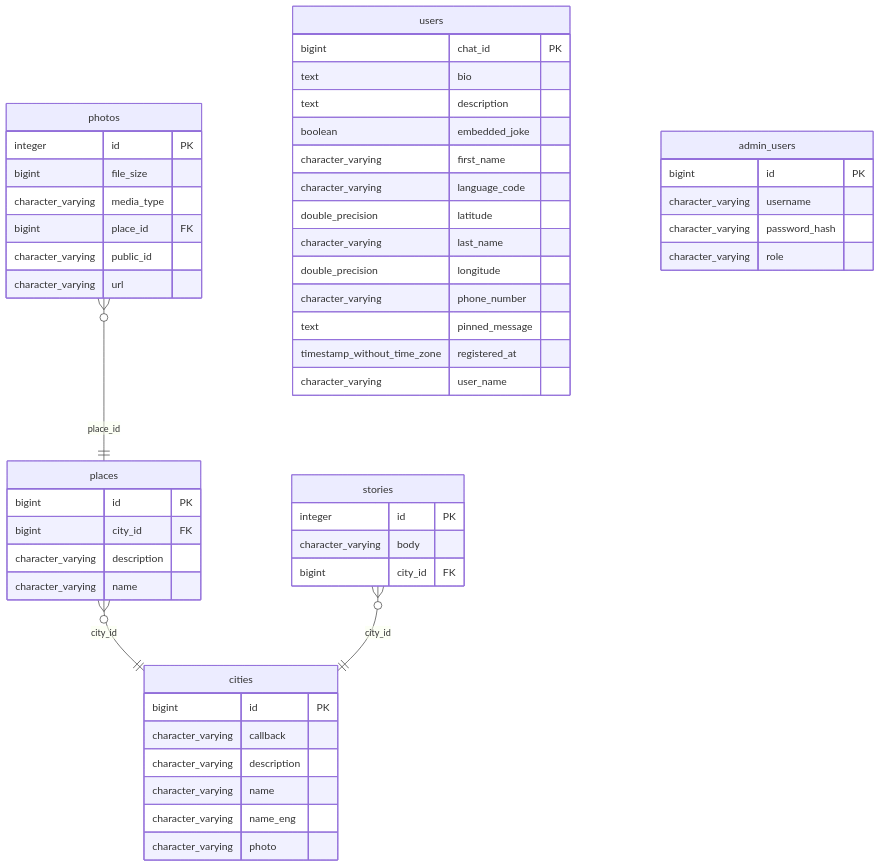
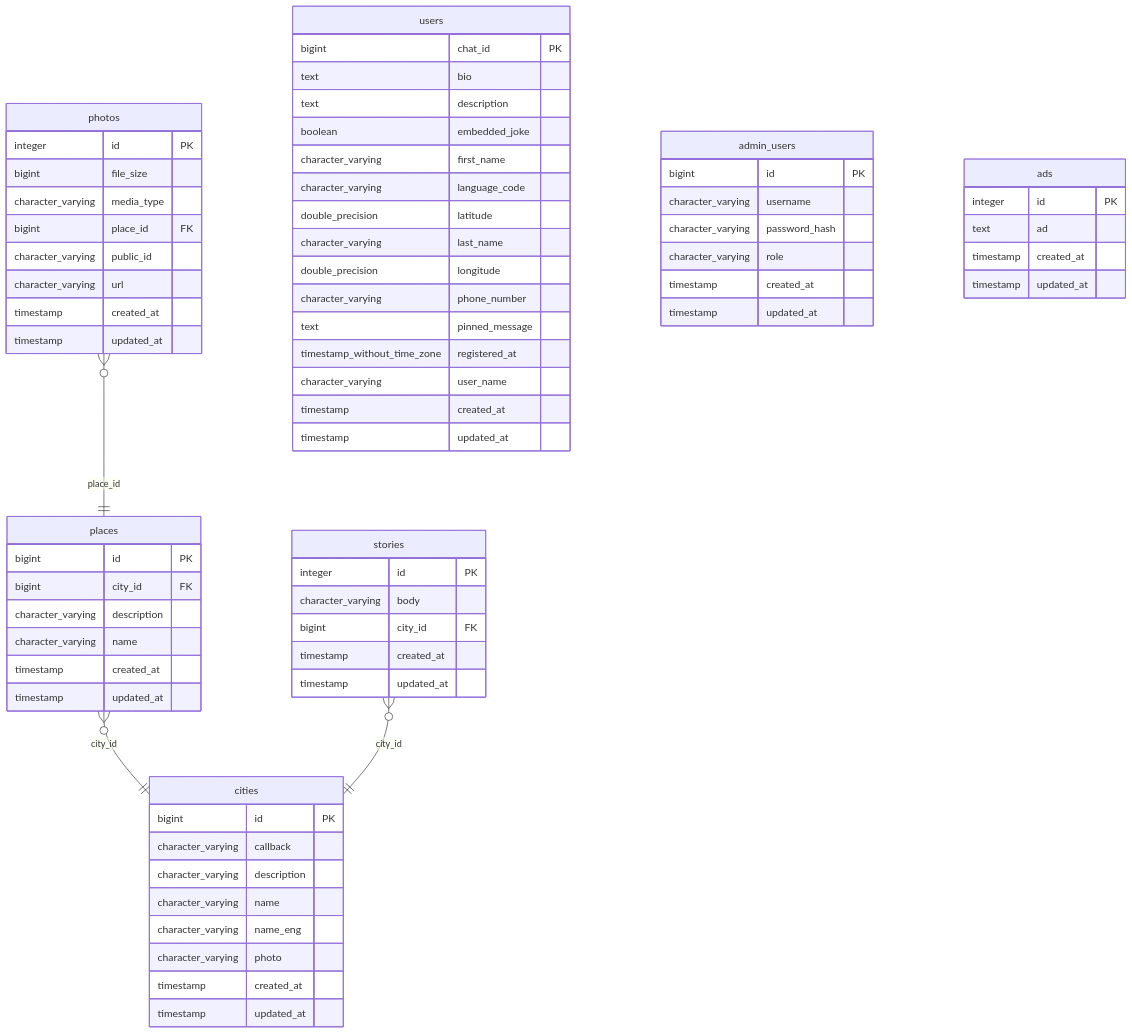
One commit to gusainovt/townguide-bot changed the diagram in README.md. Above: the diagram before and after it, drawn with Mermaid. The commit also changed other lines of this file, not shown here.

````diff
--- a/README.md
+++ b/README.md
@@ -23,60 +34,79 @@
 ```mermaid
 erDiagram
 	cities {
 	    bigint id PK
 	    character_varying callback
 	    character_varying description
 	    character_varying name
 	    character_varying name_eng
 	    character_varying photo
+	    timestamp created_at
+	    timestamp updated_at
 	}
 	
 	photos {
 	    integer id PK
 	    bigint file_size
 	    character_varying media_type
 	    bigint place_id FK
 	    character_varying public_id
 	    character_varying url
+	    timestamp created_at
+	    timestamp updated_at
 	}
 	
 	places {
 	    bigint id PK
 	    bigint city_id FK
 	    character_varying description
 	    character_varying name
+	    timestamp created_at
+	    timestamp updated_at
 	}
 	
 	stories {
 	    integer id PK
 	    character_varying body
 	    bigint city_id FK
+	    timestamp created_at
+	    timestamp updated_at
 	}
 	
 	users {
 	    bigint chat_id PK
 	    text bio
 	    text description
 	    boolean embedded_joke
 	    character_varying first_name
 	    character_varying language_code
 	    double_precision latitude
 	    character_varying last_name
 	    double_precision longitude
 	    character_varying phone_number
 	    text pinned_message
 	    timestamp_without_time_zone registered_at
 	    character_varying user_name
+	    timestamp created_at
+	    timestamp updated_at
 	}
 	
 	 admin_users {
         bigint id PK
         character_varying username
         character_varying password_hash
         character_varying role
+        timestamp created_at
+        timestamp updated_at
     }
+
+	ads {
+	    integer id PK
+	    text ad
+	    timestamp created_at
+	    timestamp updated_at
+	}
 	
 	places }o--|| cities : "city_id"
 	stories }o--|| cities : "city_id"
 	photos }o--|| places : "place_id"
 ```
````
